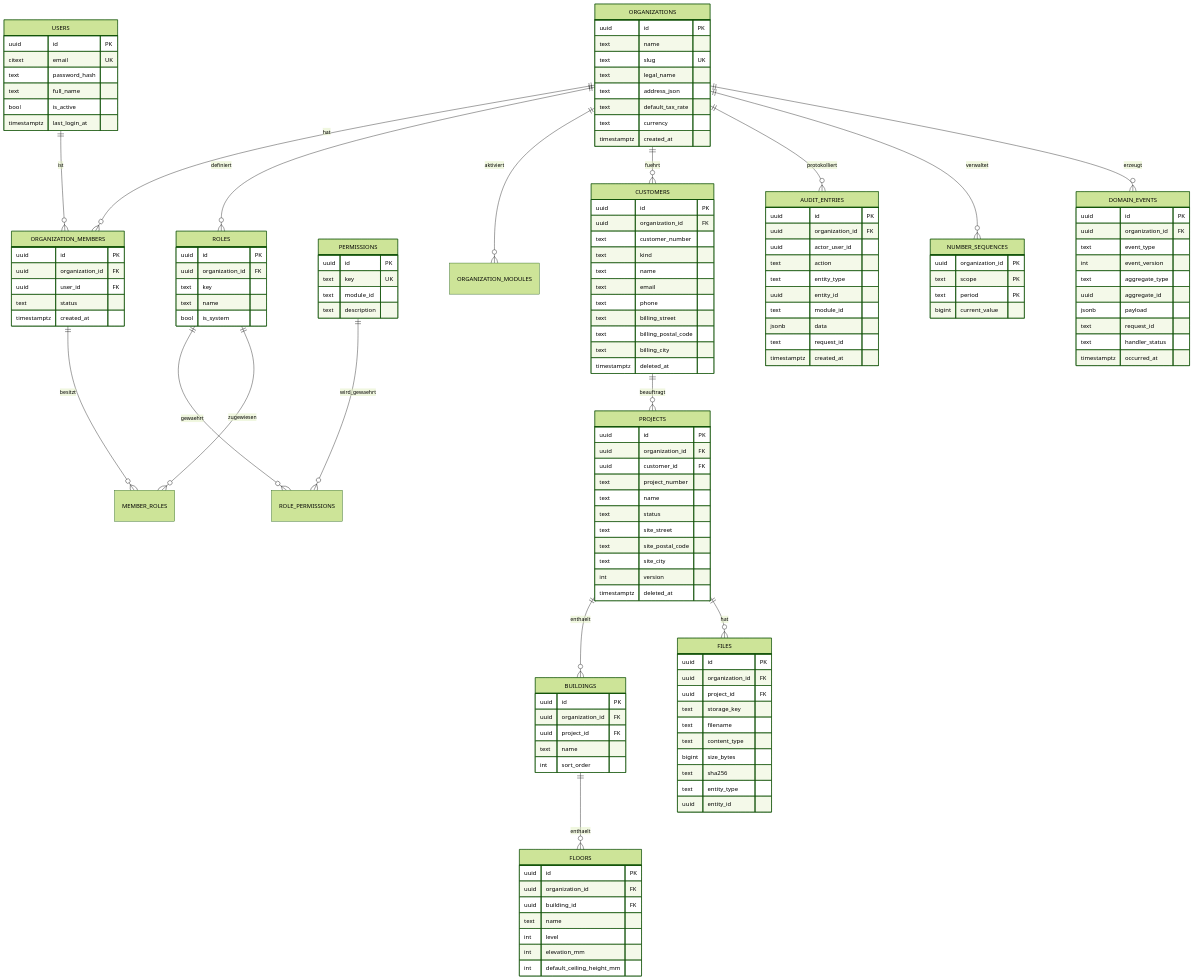
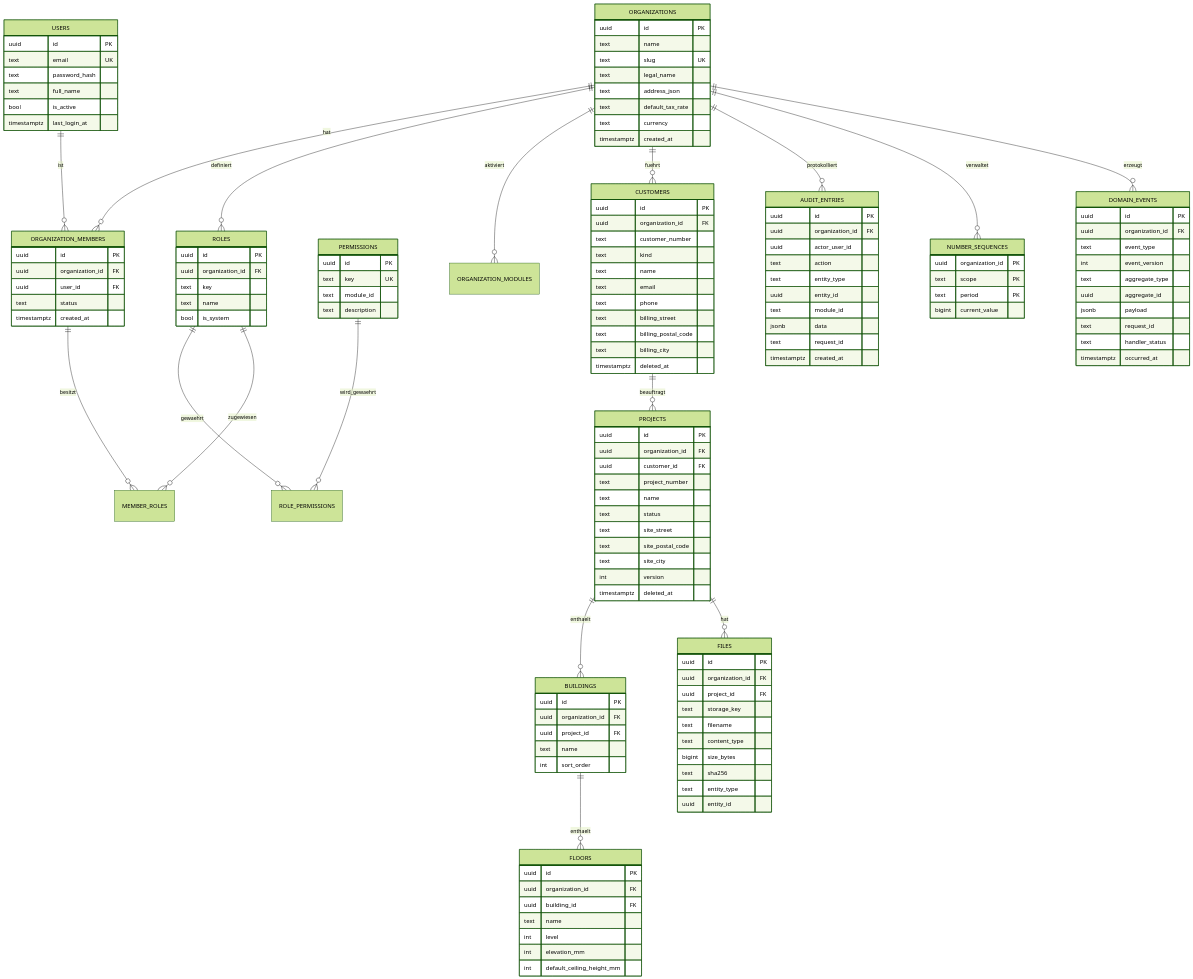
The first of 4 diagrams in docs/database.md (Saftsack24/ElektroPlan), drawn with Mermaid (forest theme) before and after one commit. The commit also changed other lines of this file and 149 other files, not shown here.

```diff
--- a/docs/database.md
+++ b/docs/database.md
@@ -105,7 +105,7 @@
     }
     USERS {
         uuid id PK
-        citext email UK
+        text email UK
         text password_hash
         text full_name
         bool is_active
```
